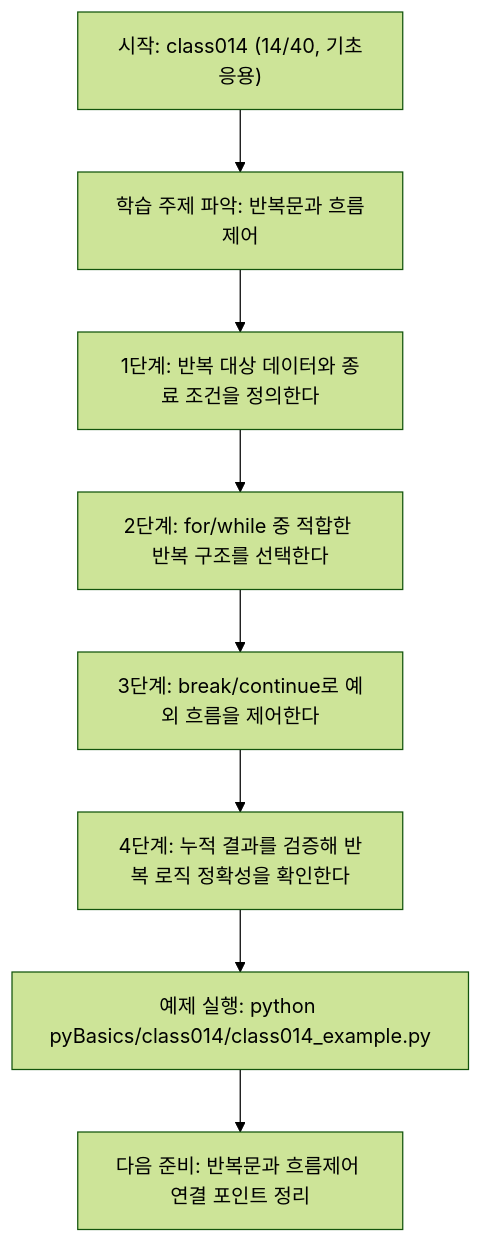
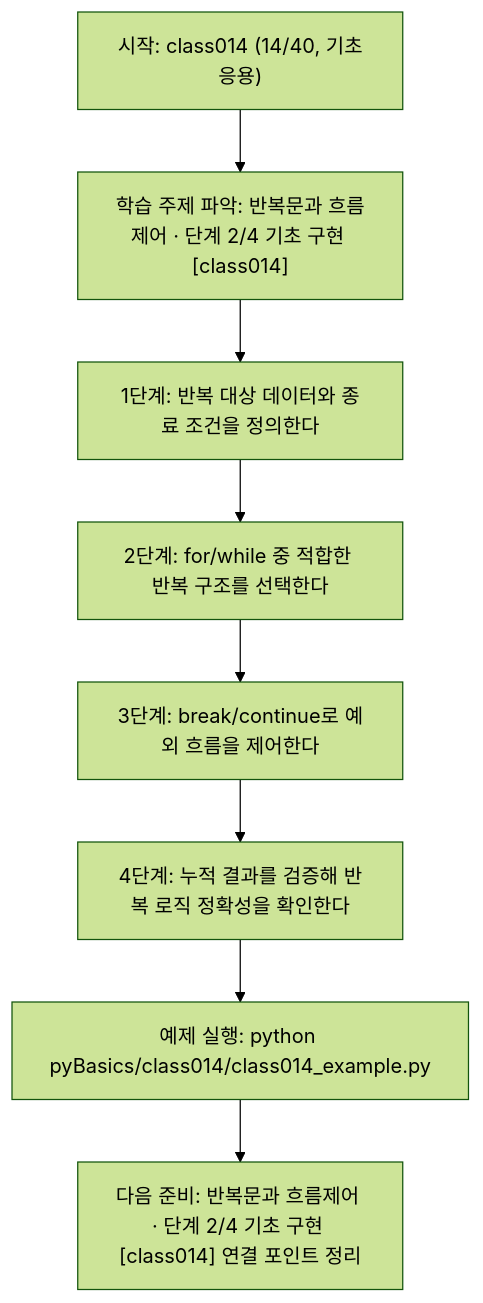
The diagram in pyBasics/class014/class014.md (edumgt/Python-AI_Agent-Class), drawn with Mermaid (forest theme) before and after one commit. The commit also changed other lines of this file and 522 other files, not shown here.

````diff
--- a/pyBasics/class014/class014.md
+++ b/pyBasics/class014/class014.md
@@ -108,18 +109,18 @@
 ```mermaid
 flowchart TD
 N1["시작: class014 (14/40, 기초응용)"]
-N2["학습 주제 파악: 반복문과 흐름제어"]
+N2["학습 주제 파악: 반복문과 흐름제어 · 단계 2/4 기초 구현 [class014]"]
 N3["1단계: 반복 대상 데이터와 종료 조건을 정의한다"]
 N4["2단계: for/while 중 적합한 반복 구조를 선택한다"]
 N5["3단계: break/continue로 예외 흐름을 제어한다"]
 N6["4단계: 누적 결과를 검증해 반복 로직 정확성을 확인한다"]
 N7["예제 실행: python pyBasics/class014/class014_example.py"]
-N8["다음 준비: 반복문과 흐름제어 연결 포인트 정리"]
+N8["다음 준비: 반복문과 흐름제어 · 단계 2/4 기초 구현 [class014] 연결 포인트 정리"]
 N1 --> N2
 N2 --> N3
 N3 --> N4
 N4 --> N5
 N5 --> N6
 N6 --> N7
 N7 --> N8
 ```
````
